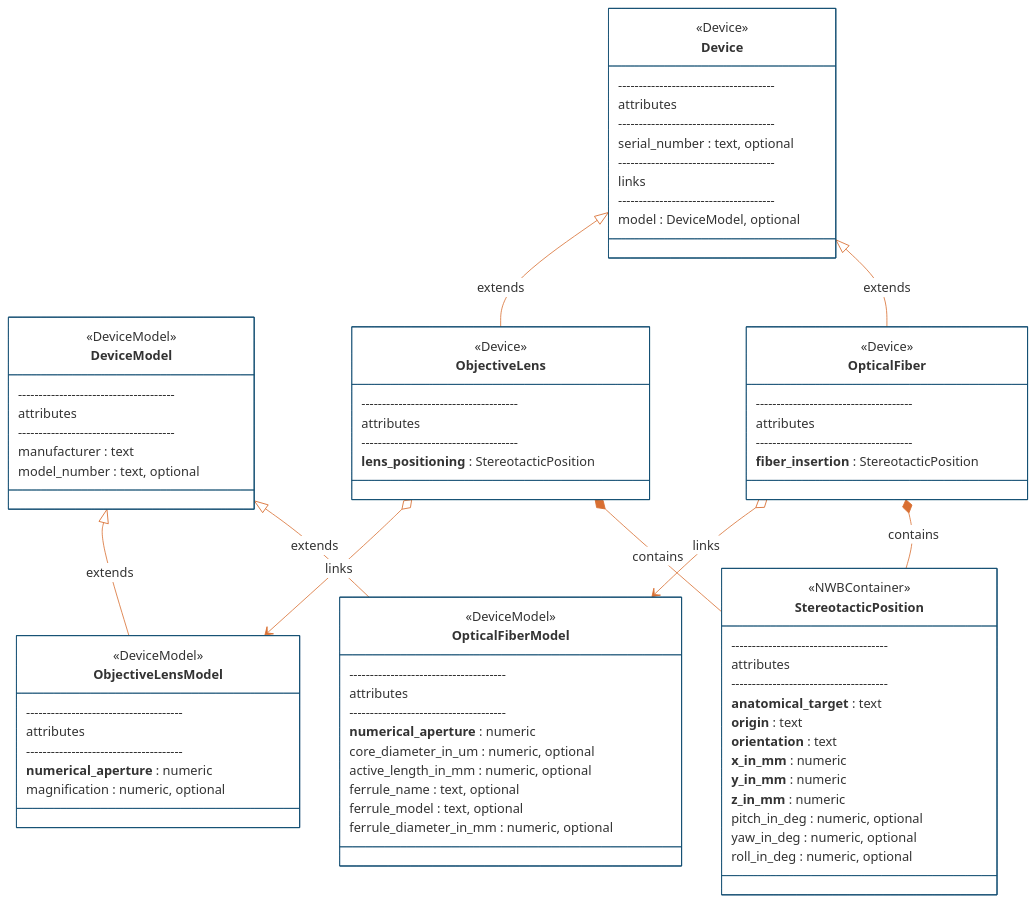
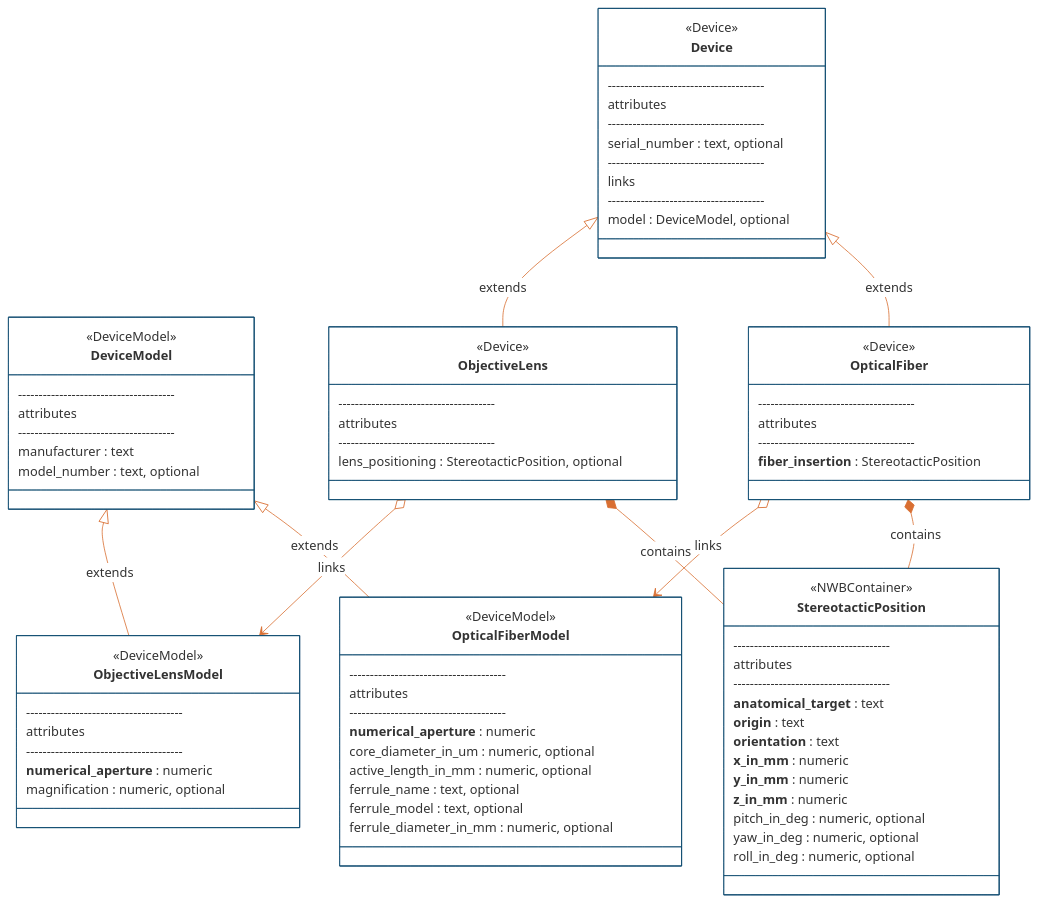
Before and after one commit to catalystneuro/ndx-ophys-devices: the third of 4 diagrams in README.md, drawn with Mermaid. The commit also changed other lines of this file and 3 other files, not shown here.

````diff
--- a/README.md
+++ b/README.md
@@ -487,5 +483,5 @@
 ```mermaid
-%%{init: {'theme': 'base', 'themeVariables': {'primaryColor': '#ffffff', "primaryBorderColor': '#144E73', 'lineColor': '#D96F32'}}}%%
+%%{init: {'theme': 'base', 'themeVariables': {'primaryColor': '#ffffff', 'primaryBorderColor': '#144E73', 'lineColor': '#D96F32'}}}%%
 classDiagram
     direction TB    
     
@@ -561,7 +557,7 @@
         --------------------------------------
         attributes
         --------------------------------------
-        **lens_positioning** : StereotacticPosition
+        lens_positioning : StereotacticPosition, optional
     }
 
     DeviceModel <|-- OpticalFiberModel : extends
````
